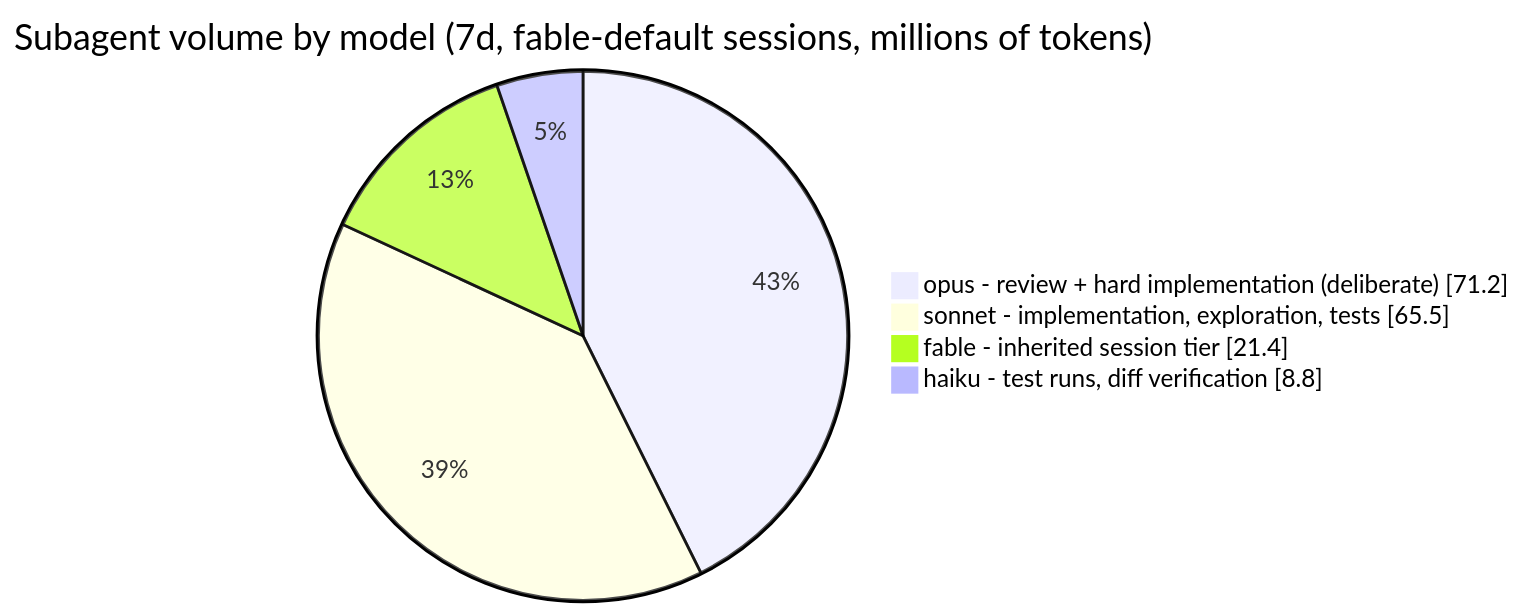
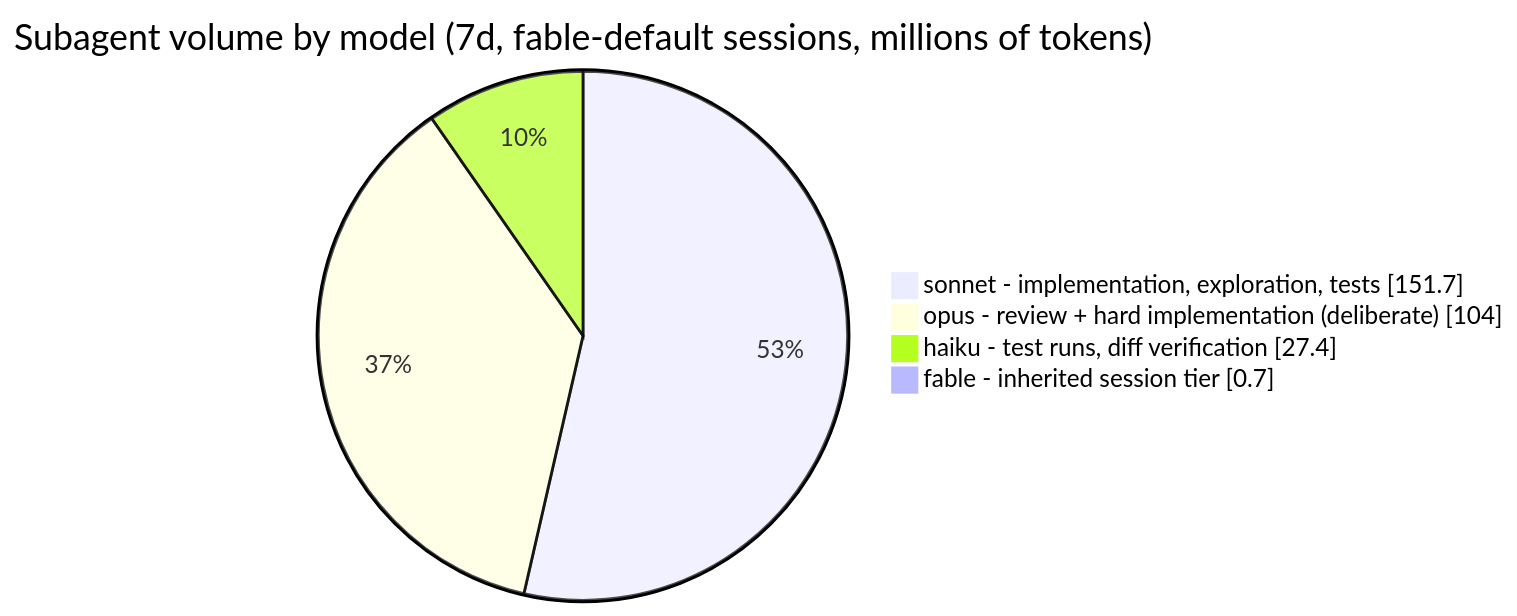
The second of 3 diagrams in README.md (AqueGen/model-routing), drawn with Mermaid before and after one commit. The commit also changed other lines of this file and 3 other files, not shown here.

````diff
--- a/README.md
+++ b/README.md
@@ -101,7 +93,7 @@
 ```mermaid
 pie showData title Subagent volume by model (7d, fable-default sessions, millions of tokens)
-    "opus - review + hard implementation (deliberate)" : 71.2
-    "sonnet - implementation, exploration, tests" : 65.5
-    "fable - inherited session tier" : 21.4
-    "haiku - test runs, diff verification" : 8.8
+    "sonnet - implementation, exploration, tests" : 151.7
+    "opus - review + hard implementation (deliberate)" : 104.0
+    "haiku - test runs, diff verification" : 27.4
+    "fable - inherited session tier" : 0.7
 ```
````
